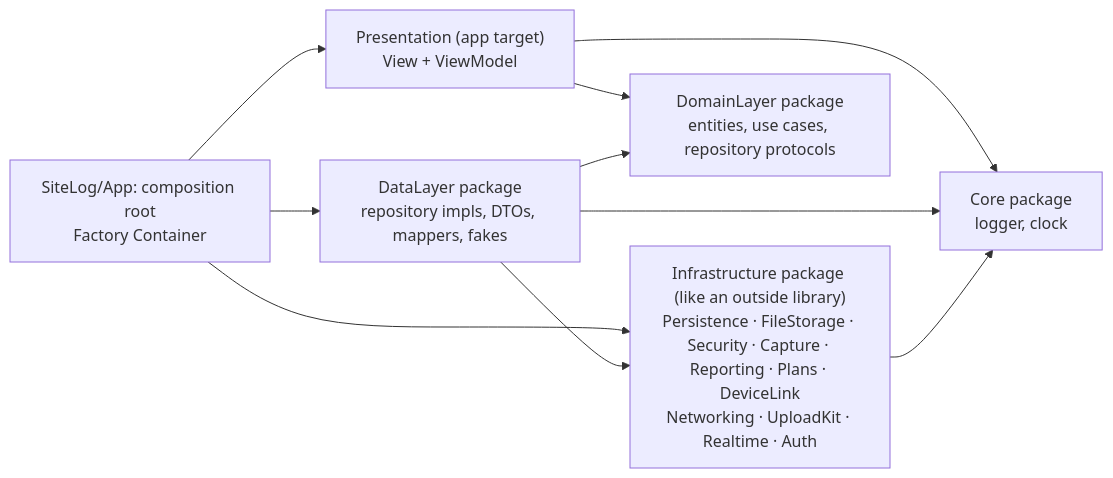
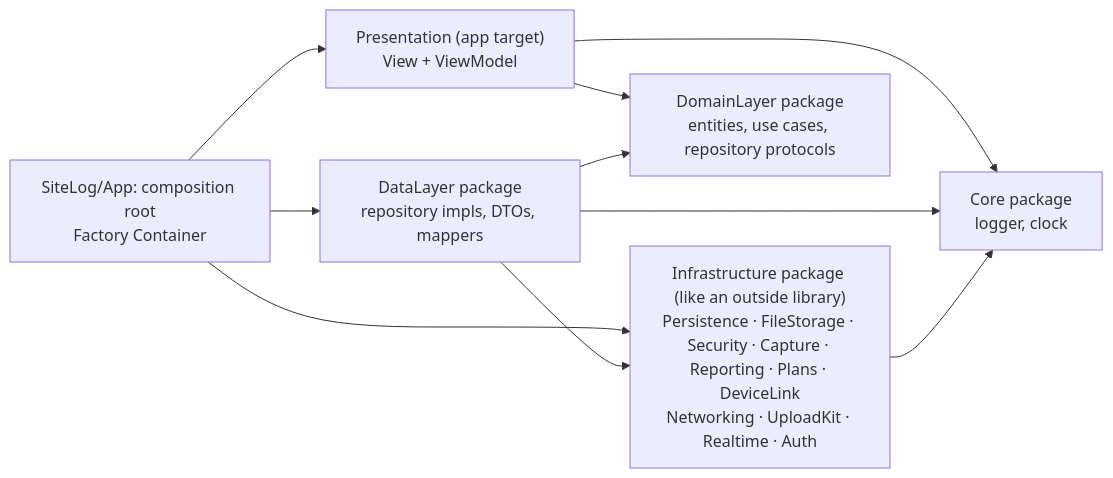
One commit to DAMHONGDUC/site-log-ios changed the diagram in docs/feature-docs/00-overview.md. Above: the diagram before and after it, drawn with Mermaid. The commit also changed other lines of this file and 20 other files, not shown here.

First line of the commit message:
docs: architecture - real repository first, no fakes

````diff
--- a/docs/feature-docs/00-overview.md
+++ b/docs/feature-docs/00-overview.md
@@ -217,12 +217,12 @@
 ```mermaid
 flowchart LR
     App["SiteLog/App: composition root<br/>Factory Container"] --> P["Presentation (app target)<br/>View + ViewModel"]
-    App --> Data["DataLayer package<br/>repository impls, DTOs, mappers, fakes"]
+    App --> Data["DataLayer package<br/>repository impls, DTOs, mappers"]
     App --> I
     P --> D["DomainLayer package<br/>entities, use cases, repository protocols"]
     Data --> D
     Data --> I["Infrastructure package (like an outside library)<br/>Persistence · FileStorage · Security · Capture · Reporting · Plans · DeviceLink<br/>Networking · UploadKit · Realtime · Auth"]
     P --> C["Core package<br/>logger, clock"]
     Data --> C
     I --> C
 ```
````
